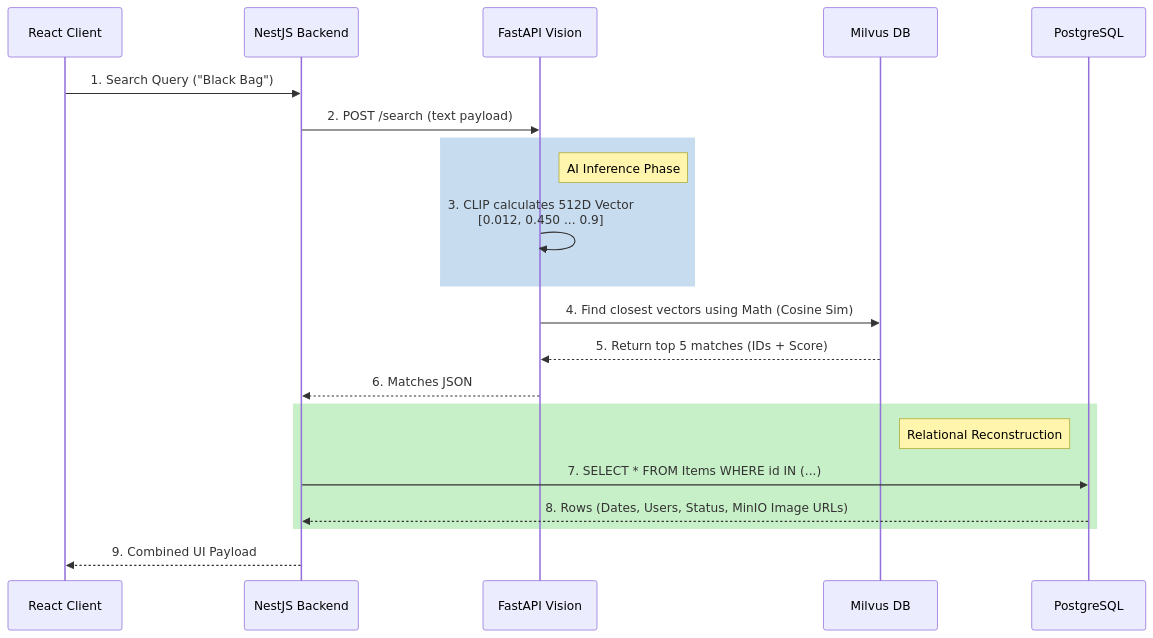
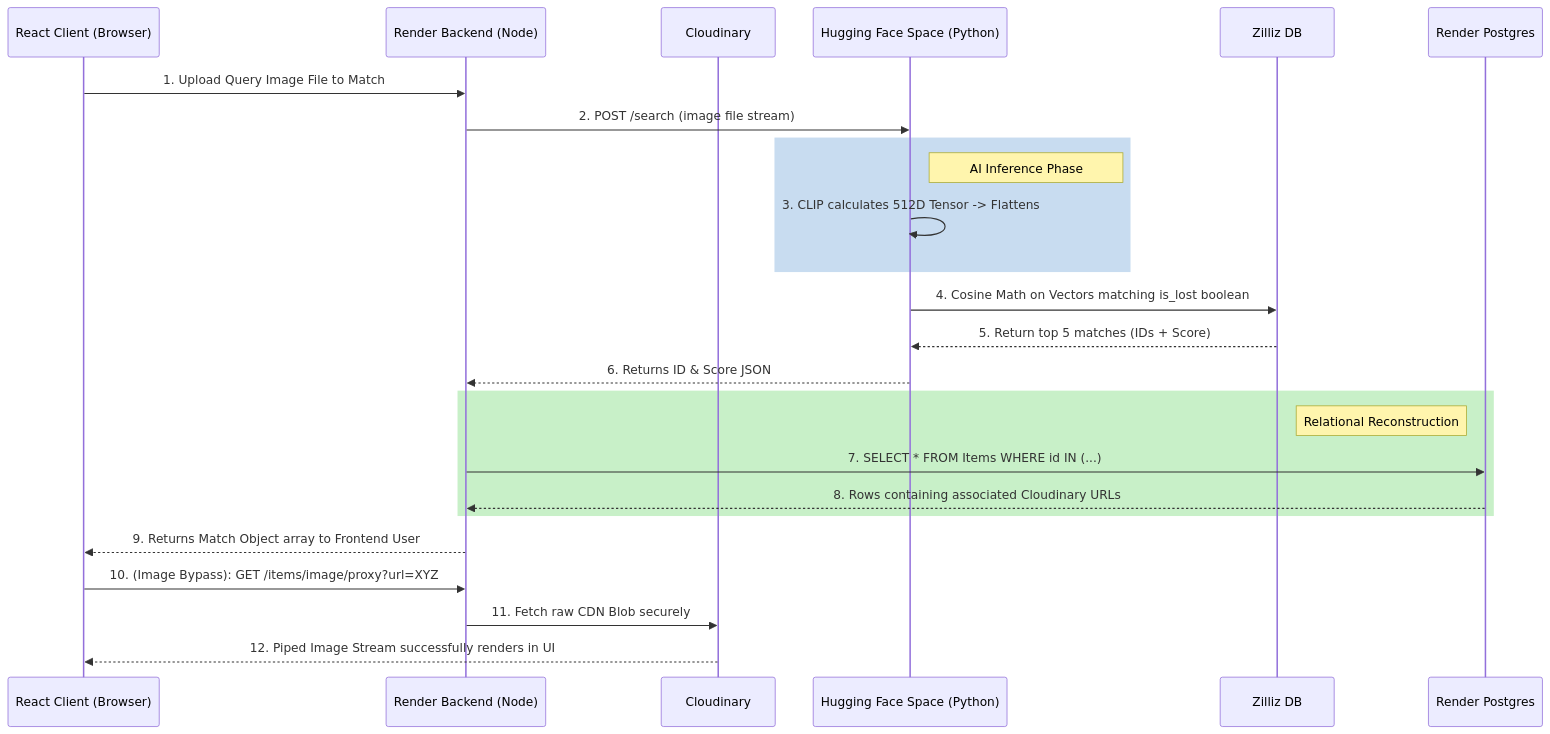
One commit to ankit-372/universal-recovery-system changed the second of 2 diagrams in README.md. Above: the diagram before and after it, drawn with Mermaid. The commit also changed other lines of this file, not shown here.

Commit message:
docs: Update architecture diagram and stack specific to Zilliz/Render/Cloudinary

````diff
--- a/README.md
+++ b/README.md
@@ -71,28 +73,32 @@
 ```mermaid
 sequenceDiagram
-    participant Client as React Client
-    participant Nest as NestJS Backend
-    participant Fast as FastAPI Vision
-    participant Mil as Milvus DB
-    participant PG as PostgreSQL
+    participant Client as React Client (Browser)
+    participant Nest as Render Backend (Node)
+    participant Cloud as Cloudinary
+    participant Fast as Hugging Face Space (Python)
+    participant Zil as Zilliz DB
+    participant PG as Render Postgres
 
-    Client->>Nest: 1. Search Query ("Black Bag")
-    Nest->>Fast: 2. POST /search (text payload)
+    Client->>Nest: 1. Upload Query Image File to Match
+    Nest->>Fast: 2. POST /search (image file stream)
     
     rect rgb(200, 220, 240)
         Note right of Fast: AI Inference Phase
-        Fast->>Fast: 3. CLIP calculates 512D Vector<br/>[0.012, 0.450 ... 0.9]
+        Fast->>Fast: 3. CLIP calculates 512D Tensor -> Flattens
     end
 
-    Fast->>Mil: 4. Find closest vectors using Math (Cosine Sim)
-    Mil-->>Fast: 5. Return top 5 matches (IDs + Score)
-    Fast-->>Nest: 6. Matches JSON
+    Fast->>Zil: 4. Cosine Math on Vectors matching is_lost boolean
+    Zil-->>Fast: 5. Return top 5 matches (IDs + Score)
+    Fast-->>Nest: 6. Returns ID & Score JSON
     
     rect rgb(200, 240, 200)
         Note left of PG: Relational Reconstruction
         Nest->>PG: 7. SELECT * FROM Items WHERE id IN (...)
-        PG-->>Nest: 8. Rows (Dates, Users, Status, MinIO Image URLs)
+        PG-->>Nest: 8. Rows containing associated Cloudinary URLs
     end
     
-    Nest-->>Client: 9. Combined UI Payload
+    Nest-->>Client: 9. Returns Match Object array to Frontend User
+    Client->>Nest: 10. (Image Bypass): GET /items/image/proxy?url=XYZ
+    Nest->>Cloud: 11. Fetch raw CDN Blob securely
+    Cloud-->>Client: 12. Piped Image Stream successfully renders in UI
 ```
````
